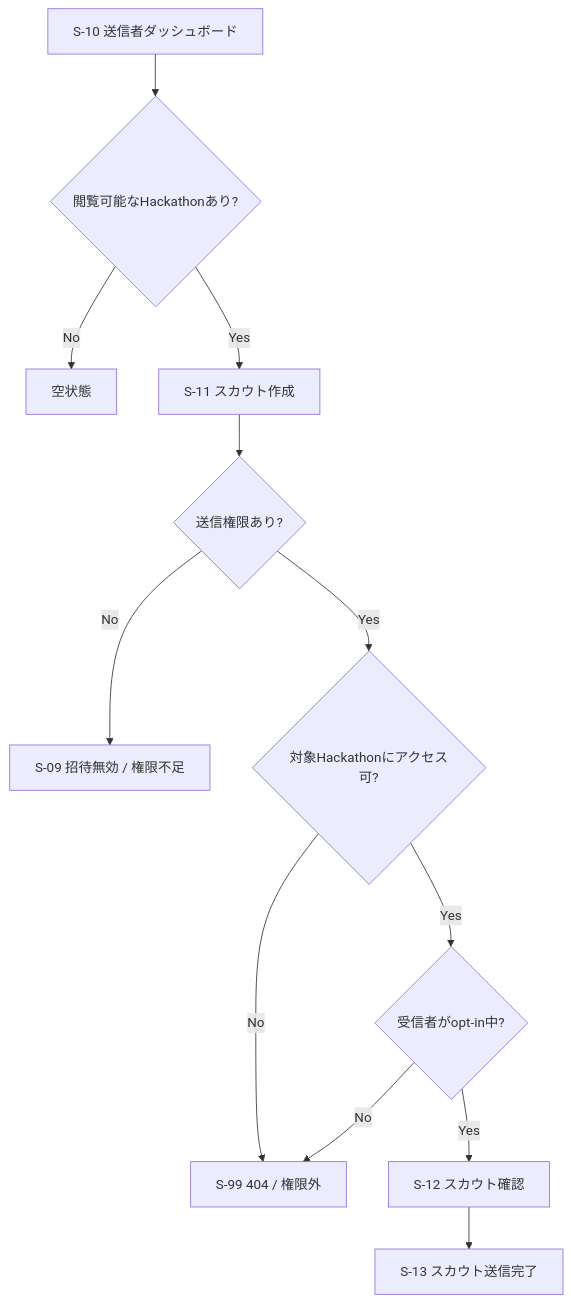
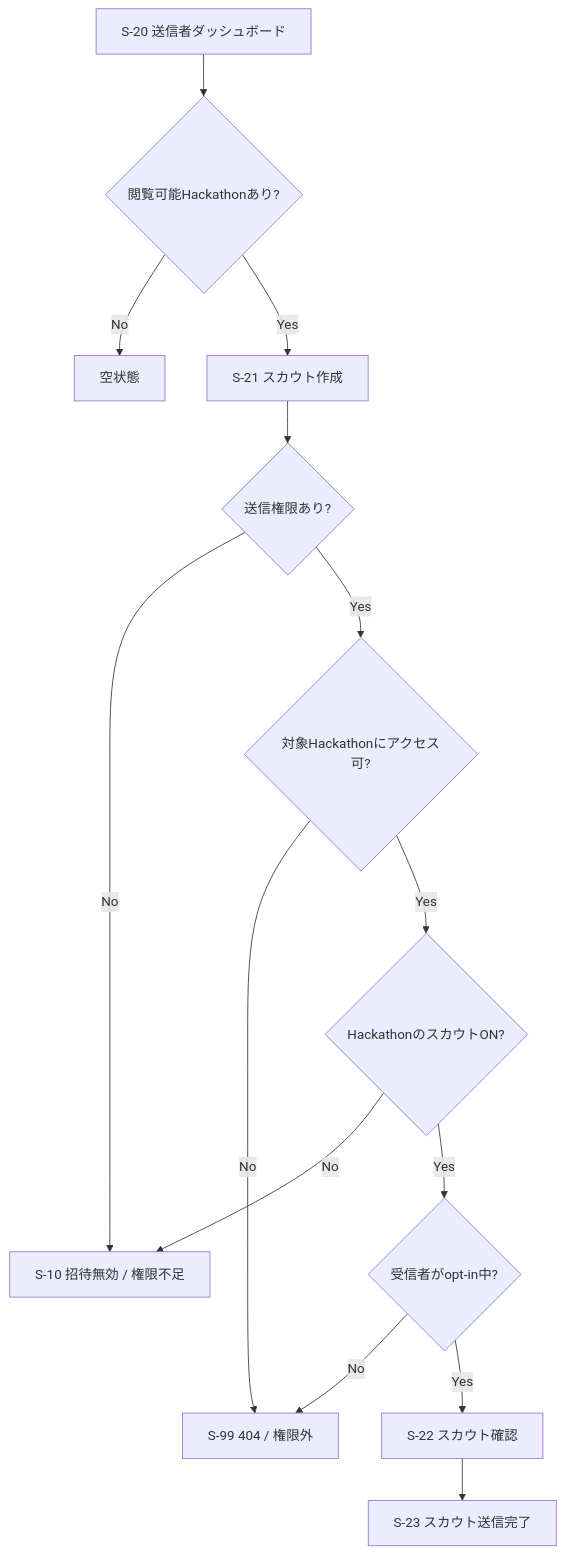
The fifth of 15 diagrams in docs/details/03_screen-flow_md.md (Asheze1127/hack-evaluater), drawn with Mermaid before and after one commit. The commit also changed other lines of this file and 2 other files, not shown here.

````diff
--- a/docs/details/03_screen-flow_md.md
+++ b/docs/details/03_screen-flow_md.md
@@ -181,26 +213,29 @@
 ```mermaid
 flowchart TD
-    DASH[S-10 送信者ダッシュボード]
-    CHECK1{閲覧可能なHackathonあり?}
-    CREATE[S-11 スカウト作成]
+    DASH[S-20 送信者ダッシュボード]
+    CHECK1{閲覧可能Hackathonあり?}
+    CREATE[S-21 スカウト作成]
     CHECK2{送信権限あり?}
     CHECK3{対象Hackathonにアクセス可?}
-    CHECK4{受信者がopt-in中?}
-    CONFIRM[S-12 スカウト確認]
-    DONE[S-13 スカウト送信完了]
+    CHECK4{HackathonのスカウトON?}
+    CHECK5{受信者がopt-in中?}
+    CONFIRM[S-22 スカウト確認]
+    DONE[S-23 スカウト送信完了]
     EMPTY[空状態]
-    NOACCESS[S-09 招待無効 / 権限不足]
+    NOACCESS[S-10 招待無効 / 権限不足]
     NOTFOUND[S-99 404 / 権限外]
 
     DASH --> CHECK1
     CHECK1 -->|No| EMPTY
     CHECK1 -->|Yes| CREATE
     CREATE --> CHECK2
     CHECK2 -->|No| NOACCESS
     CHECK2 -->|Yes| CHECK3
     CHECK3 -->|No| NOTFOUND
     CHECK3 -->|Yes| CHECK4
-    CHECK4 -->|No| NOTFOUND
-    CHECK4 -->|Yes| CONFIRM
+    CHECK4 -->|No| NOACCESS
+    CHECK4 -->|Yes| CHECK5
+    CHECK5 -->|No| NOTFOUND
+    CHECK5 -->|Yes| CONFIRM
     CONFIRM --> DONE
 ```
````
